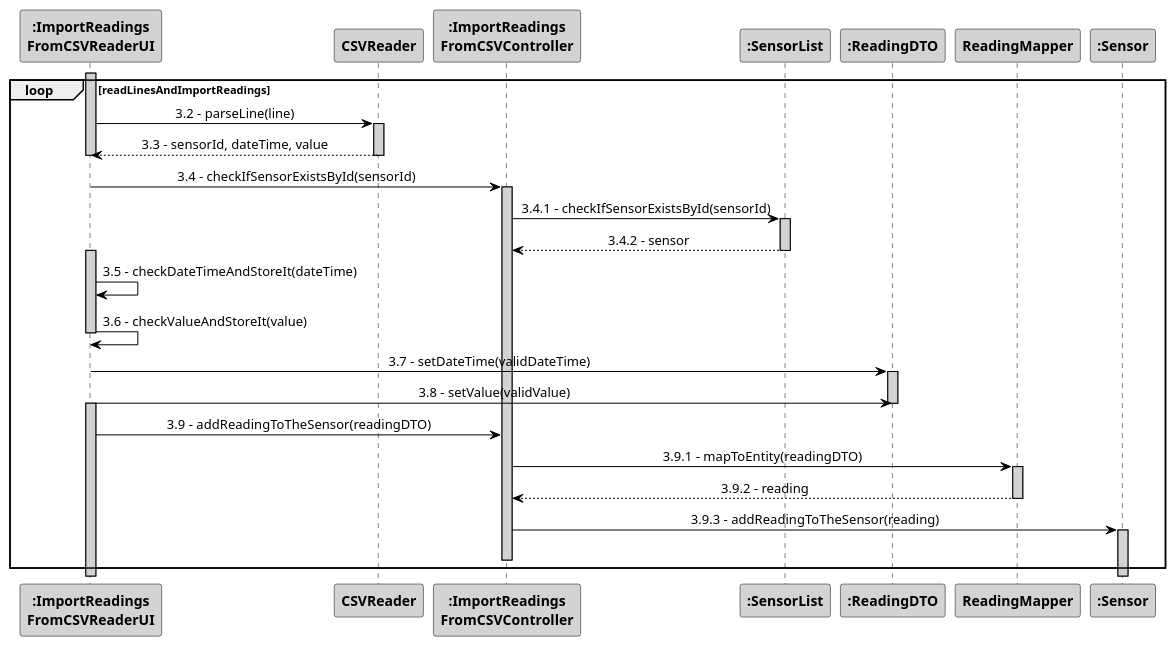
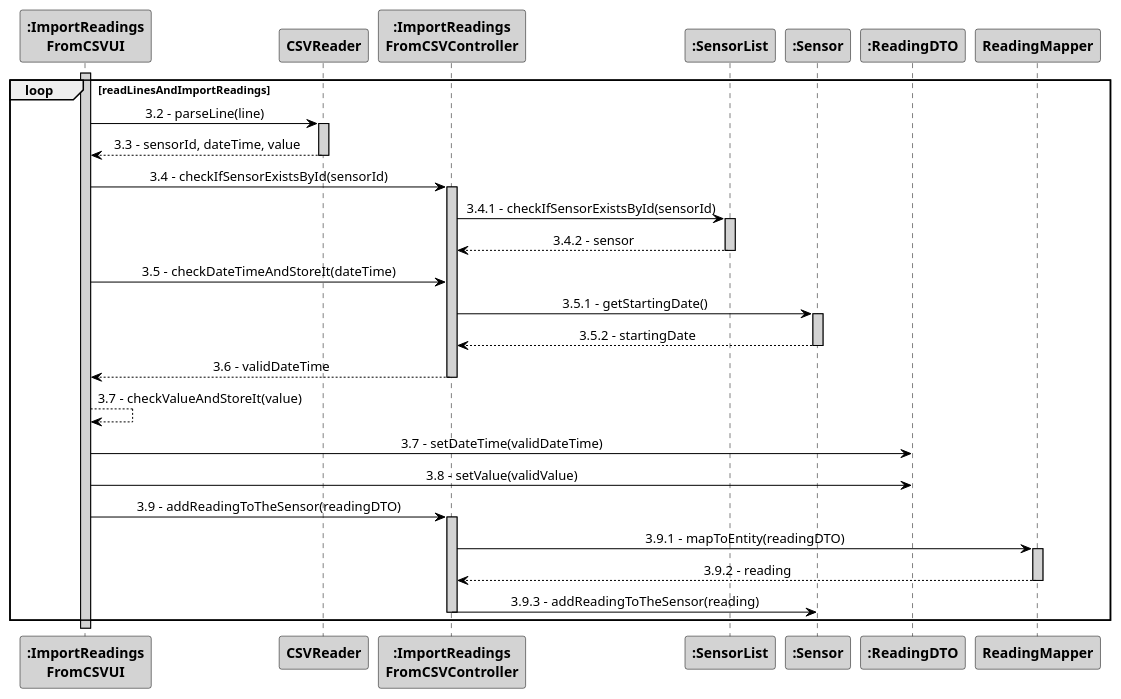
Before and after one commit to 1181687/hateoasToy: the diagram in src/main/java/pt/ipp/isep/dei/project/controllers/importreadingsfromcsvcontroller/SD_Loop_ImportReadingsFromCSVReader.puml, drawn with PlantUML. The commit also changed 1 other file, not shown here.

Commit message:
Fixes #128 - Changes to the diagrams.

```diff
--- a/src/main/java/pt/ipp/isep/dei/project/controllers/importreadingsfromcsvcontroller/SD_Loop_ImportReadingsFromCSVReader.puml
+++ b/src/main/java/pt/ipp/isep/dei/project/controllers/importreadingsfromcsvcontroller/SD_Loop_ImportReadingsFromCSVReader.puml
@@ -1,52 +1,52 @@
 @startuml
 skinparam sequenceMessageAlign center
 skinparam sequence {
 	ArrowColor Black
 	ActorBorderColor DarkBlue
 	LifeLineBorderColor black
 	LifeLineBackgroundColor LightGrey
 
 	ParticipantBorderColor Black
 	ParticipantBackgroundColor LightGrey
 	ParticipantFontStyle Bold
 
 	ActorBackgroundColor DimGrey
 	ActorFontColor DeepSkyBlue
 	ActorFontStyle Bold
 	ActorFontSize 17
 	ActorFontName Aapex
 }
 
-activate ":ImportReadings\nFromCSVReaderUI"
+activate ":ImportReadings\nFromCSVUI"
 loop readLinesAndImportReadings
-":ImportReadings\nFromCSVReaderUI" -> CSVReader: 3.2 - parseLine(line)
+":ImportReadings\nFromCSVUI" -> CSVReader: 3.2 - parseLine(line)
 activate CSVReader
-CSVReader --> ":ImportReadings\nFromCSVReaderUI": 3.3 - sensorId, dateTime, value
-deactivate ":ImportReadings\nFromCSVReaderUI"
+CSVReader --> ":ImportReadings\nFromCSVUI": 3.3 - sensorId, dateTime, value
 deactivate CSVReader
-":ImportReadings\nFromCSVReaderUI" -> ":ImportReadings\nFromCSVController": 3.4 - checkIfSensorExistsById(sensorId)
+":ImportReadings\nFromCSVUI" -> ":ImportReadings\nFromCSVController": 3.4 - checkIfSensorExistsById(sensorId)
 activate ":ImportReadings\nFromCSVController"
 ":ImportReadings\nFromCSVController" -> ":SensorList": 3.4.1 - checkIfSensorExistsById(sensorId)
 activate ":SensorList"
 ":SensorList" --> ":ImportReadings\nFromCSVController": 3.4.2 - sensor
 deactivate ":SensorList"
-activate ":ImportReadings\nFromCSVReaderUI"
-":ImportReadings\nFromCSVReaderUI" -> ":ImportReadings\nFromCSVReaderUI": 3.5 - checkDateTimeAndStoreIt(dateTime)
-":ImportReadings\nFromCSVReaderUI" -> ":ImportReadings\nFromCSVReaderUI": 3.6 - checkValueAndStoreIt(value)
-deactivate ":ImportReadings\nFromCSVReaderUI"
-":ImportReadings\nFromCSVReaderUI" -> ":ReadingDTO": 3.7 - setDateTime(validDateTime)
-activate ":ReadingDTO"
-":ImportReadings\nFromCSVReaderUI" -> ":ReadingDTO": 3.8 - setValue(validValue)
-deactivate ":ReadingDTO"
-activate ":ImportReadings\nFromCSVReaderUI"
-":ImportReadings\nFromCSVReaderUI" -> ":ImportReadings\nFromCSVController": 3.9 - addReadingToTheSensor(readingDTO)
+":ImportReadings\nFromCSVUI" -> ":ImportReadings\nFromCSVController": 3.5 - checkDateTimeAndStoreIt(dateTime)
+":ImportReadings\nFromCSVController" -> ":Sensor": 3.5.1 - getStartingDate()
+activate ":Sensor"
+":Sensor" --> ":ImportReadings\nFromCSVController": 3.5.2 - startingDate
+deactivate ":Sensor"
+":ImportReadings\nFromCSVController" --> ":ImportReadings\nFromCSVUI": 3.6 - validDateTime
+deactivate ":ImportReadings\nFromCSVController"
+":ImportReadings\nFromCSVUI" --> ":ImportReadings\nFromCSVUI": 3.7 - checkValueAndStoreIt(value)
+":ImportReadings\nFromCSVUI" -> ":ReadingDTO": 3.7 - setDateTime(validDateTime)
+":ImportReadings\nFromCSVUI" -> ":ReadingDTO": 3.8 - setValue(validValue)
+":ImportReadings\nFromCSVUI" -> ":ImportReadings\nFromCSVController": 3.9 - addReadingToTheSensor(readingDTO)
+activate ":ImportReadings\nFromCSVController"
 ":ImportReadings\nFromCSVController" -> ReadingMapper: 3.9.1 - mapToEntity(readingDTO)
 activate ReadingMapper
 ReadingMapper --> ":ImportReadings\nFromCSVController": 3.9.2 - reading
 deactivate ReadingMapper
 ":ImportReadings\nFromCSVController" -> ":Sensor": 3.9.3 - addReadingToTheSensor(reading)
-activate ":Sensor"
 deactivate ":ImportReadings\nFromCSVController"
 end loop
 
 @enduml
```
